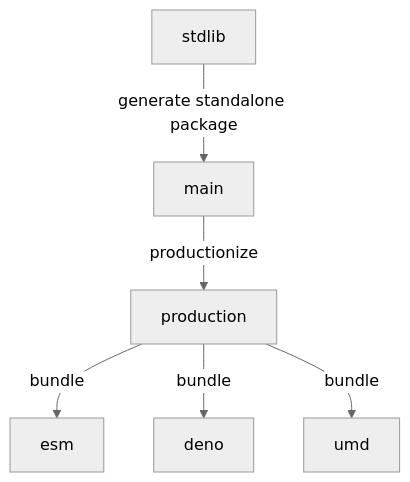
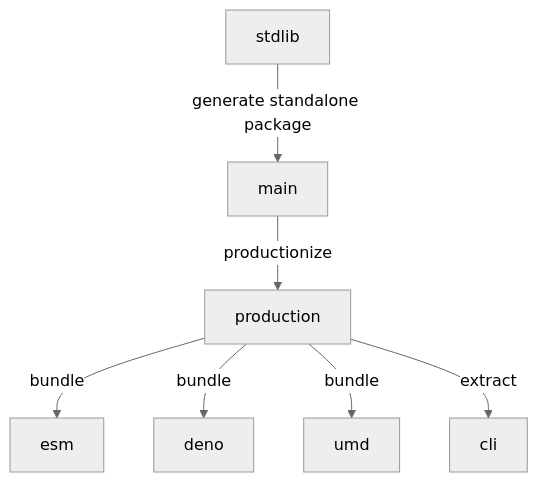
Before and after one commit to stdlib-js/datasets-savoy-stopwords-por: the diagram in branches.md, drawn with Mermaid (neutral theme). The commit also changed other lines of this file and 8 other files, not shown here.

````diff
--- a/branches.md
+++ b/branches.md
@@ -33,15 +34,17 @@
 ```mermaid
 graph TD;
 A[stdlib]-->|generate standalone package|B;
 B[main] -->|productionize| C[production];
 C -->|bundle| D[esm];
 C -->|bundle| E[deno];
 C -->|bundle| F[umd];
+C -->|extract| G[cli];
 
-click A href "https://github.com/stdlib-js/stdlib/tree/develop/lib/node_modules/%40stdlib/datasets/savoy-stopwords-por"
-click B href "https://github.com/stdlib-js/datasets-savoy-stopwords-por/tree/main"
-click C href "https://github.com/stdlib-js/datasets-savoy-stopwords-por/tree/production"
-click D href "https://github.com/stdlib-js/datasets-savoy-stopwords-por/tree/esm"
-click E href "https://github.com/stdlib-js/datasets-savoy-stopwords-por/tree/deno"
-click F href "https://github.com/stdlib-js/datasets-savoy-stopwords-por/tree/umd"
+%% click A href "https://github.com/stdlib-js/stdlib/tree/develop/lib/node_modules/%40stdlib/datasets/savoy-stopwords-por"
+%% click B href "https://github.com/stdlib-js/datasets-savoy-stopwords-por/tree/main"
+%% click C href "https://github.com/stdlib-js/datasets-savoy-stopwords-por/tree/production"
+%% click D href "https://github.com/stdlib-js/datasets-savoy-stopwords-por/tree/esm"
+%% click E href "https://github.com/stdlib-js/datasets-savoy-stopwords-por/tree/deno"
+%% click F href "https://github.com/stdlib-js/datasets-savoy-stopwords-por/tree/umd"
+%% click G href "https://github.com/stdlib-js/datasets-savoy-stopwords-por/tree/cli"
 ```
````
